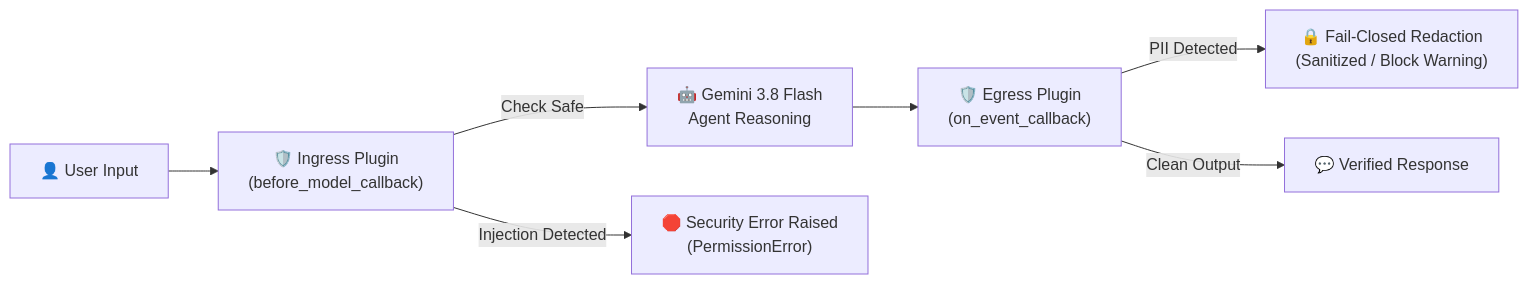
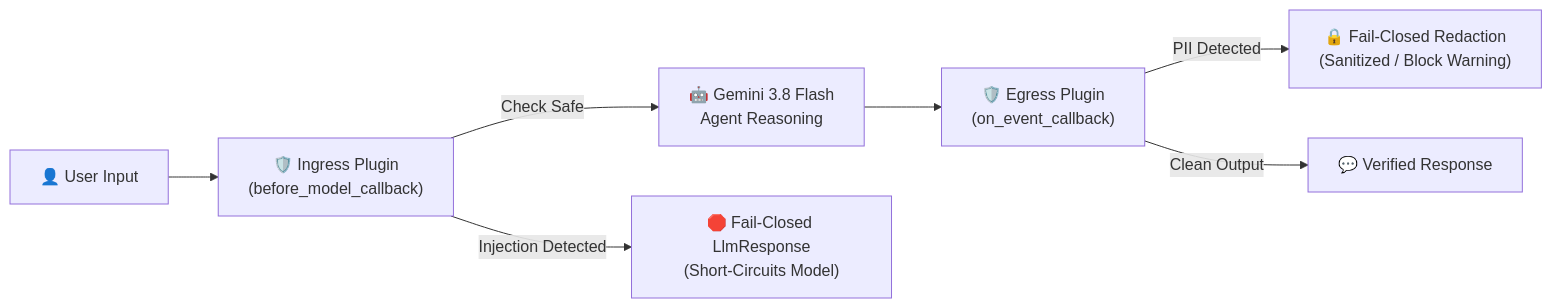
One commit to mauripsale/doc-adk-training changed the diagram in training/module25_5-rai-safety-plugins/lab.md. Above: the diagram before and after it, drawn with Mermaid. The commit also changed other lines of this file and 11 other files, not shown here.

````diff
--- a/training/module25_5-rai-safety-plugins/lab.md
+++ b/training/module25_5-rai-safety-plugins/lab.md
@@ -21,9 +21,9 @@
 ```mermaid
 flowchart LR
     A["👤 User Input"] --> B["🛡️ Ingress Plugin<br/>(before_model_callback)"]
     B -->|Check Safe| C["🤖 Gemini 3.8 Flash<br/>Agent Reasoning"]
-    B -->|Injection Detected| X["🛑 Security Error Raised<br/>(PermissionError)"]
+    B -->|Injection Detected| X["🛑 Fail-Closed LlmResponse<br/>(Short-Circuits Model)"]
     C --> D["🛡️ Egress Plugin<br/>(on_event_callback)"]
     D -->|PII Detected| E["🔒 Fail-Closed Redaction<br/>(Sanitized / Block Warning)"]
     D -->|Clean Output| F["💬 Verified Response"]
 ```
````
